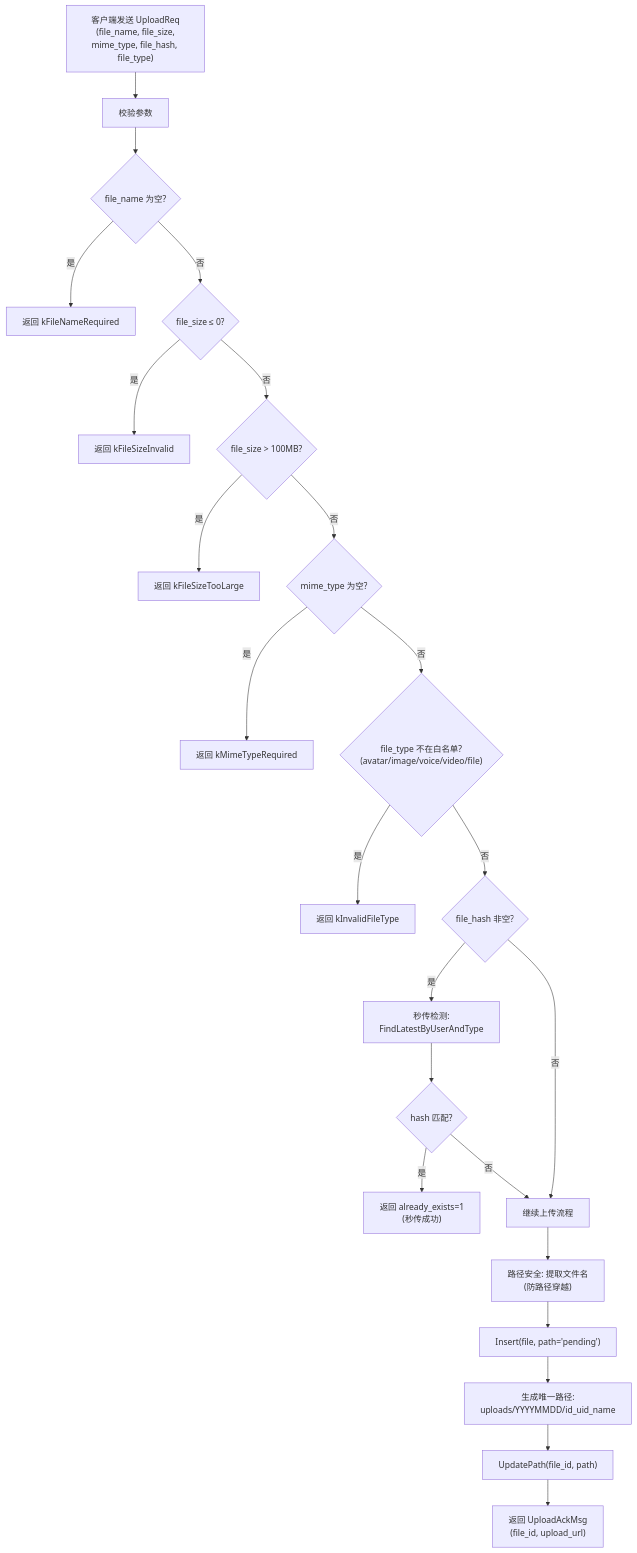
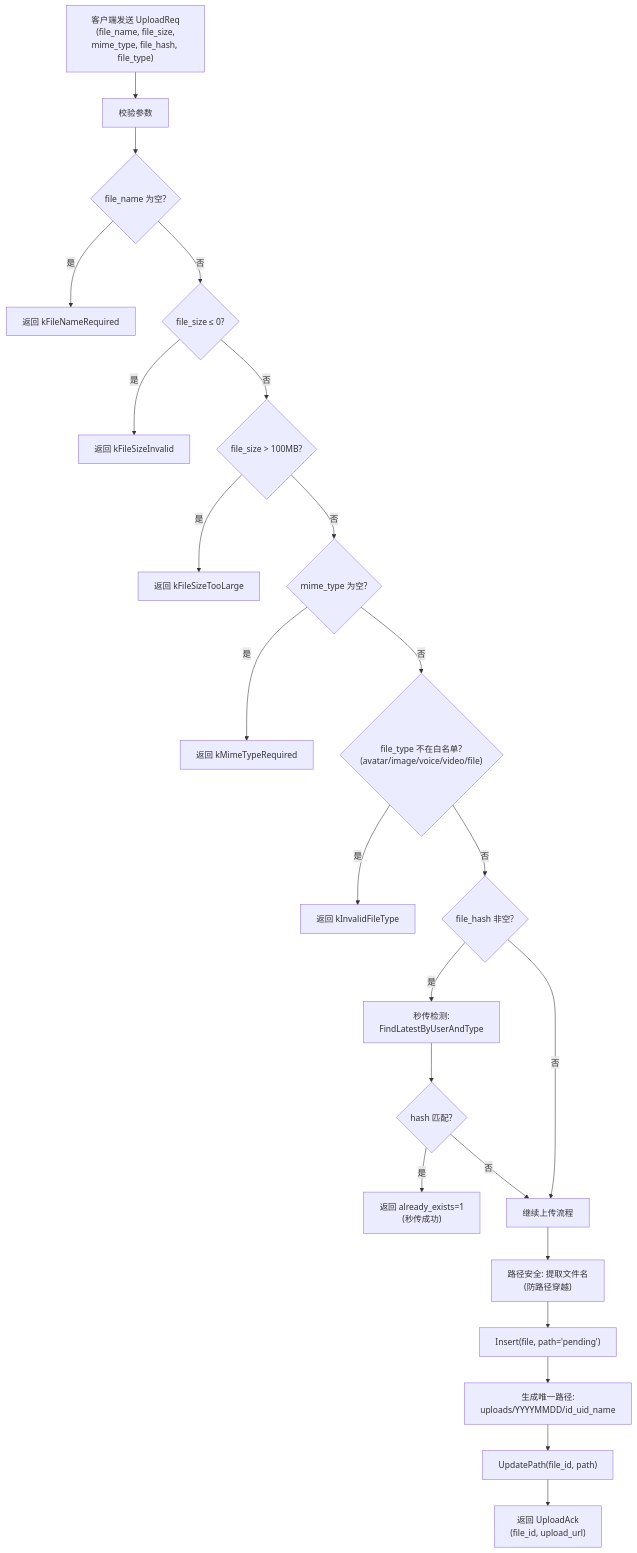
One commit to huihuilivio/NovaIIM changed diagram 25 of 42 in docs/software_design.md. Above: the diagram before and after it, drawn with Mermaid. The commit also changed 10 other files, not shown here.

````diff
--- a/docs/software_design.md
+++ b/docs/software_design.md
@@ -859,27 +859,27 @@
 ```mermaid
 flowchart TD
     A["客户端发送 UploadReq<br/>(file_name, file_size,<br/>mime_type, file_hash, file_type)"] --> B["校验参数"]
     B --> C{"file_name 为空?"}
     C -->|是| D["返回 kFileNameRequired"]
     C -->|否| E{"file_size ≤ 0?"}
     E -->|是| F["返回 kFileSizeInvalid"]
     E -->|否| G{"file_size > 100MB?"}
     G -->|是| H["返回 kFileSizeTooLarge"]
     G -->|否| I{"mime_type 为空?"}
     I -->|是| J["返回 kMimeTypeRequired"]
     I -->|否| K{"file_type 不在白名单?<br/>(avatar/image/voice/video/file)"}
     K -->|是| L["返回 kInvalidFileType"]
     K -->|否| M{"file_hash 非空?"}
 
     M -->|是| N["秒传检测:<br/>FindLatestByUserAndType"]
     N --> O{"hash 匹配?"}
     O -->|是| P["返回 already_exists=1<br/>(秒传成功)"]
     O -->|否| Q["继续上传流程"]
 
     M -->|否| Q
     Q --> R["路径安全: 提取文件名<br/>(防路径穿越)"]
     R --> S["Insert(file, path='pending')"]
     S --> T["生成唯一路径:<br/>uploads/YYYYMMDD/id_uid_name"]
     T --> U["UpdatePath(file_id, path)"]
-    U --> V["返回 UploadAckMsg<br/>(file_id, upload_url)"]
+    U --> V["返回 UploadAck<br/>(file_id, upload_url)"]
 ```
````
